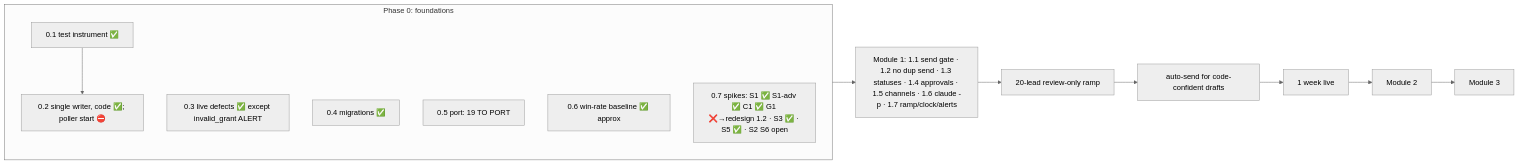
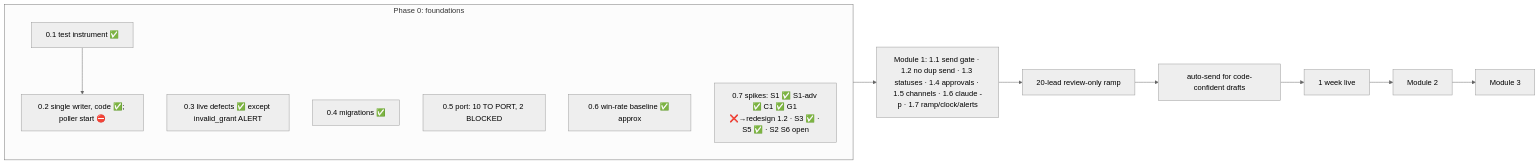
The diagram in docs/END-TO-END-STATUS.md (SDGuitarist/gig-lead-responder), drawn with Mermaid (neutral theme) before and after one commit. The commit also changed other lines of this file and 3 other files, not shown here.

````diff
--- a/docs/END-TO-END-STATUS.md
+++ b/docs/END-TO-END-STATUS.md
@@ -23,13 +23,13 @@
 ```mermaid
 flowchart LR
   subgraph P0[Phase 0: foundations]
     A01[0.1 test instrument ✅] --> A02[0.2 single writer, code ✅; poller start ⛔]
     A03[0.3 live defects ✅ except invalid_grant ALERT]
     A04[0.4 migrations ✅]
-    A05[0.5 port: 19 TO PORT]
+    A05[0.5 port: 10 TO PORT, 2 BLOCKED]
     A06[0.6 win-rate baseline ✅ approx]
     A07[0.7 spikes: S1 ✅ S1-adv ✅ C1 ✅ G1 ❌→redesign 1.2 · S3 ✅ · S5 ✅ · S2 S6 open]
   end
   P0 --> M1[Module 1: 1.1 send gate · 1.2 no dup send · 1.3 statuses · 1.4 approvals · 1.5 channels · 1.6 claude -p · 1.7 ramp/clock/alerts]
   M1 --> R[20-lead review-only ramp] --> AS[auto-send for code-confident drafts] --> W[1 week live] --> M2[Module 2] --> M3[Module 3]
 ```
````
